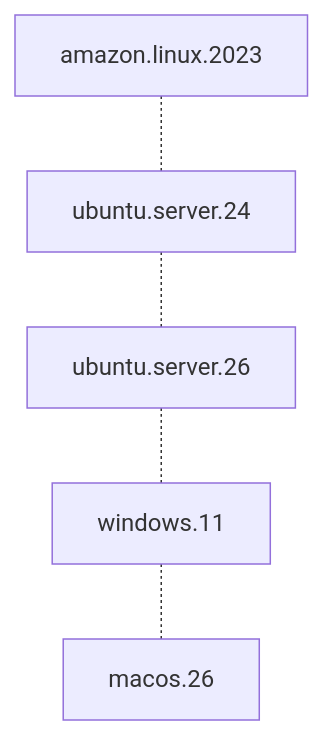
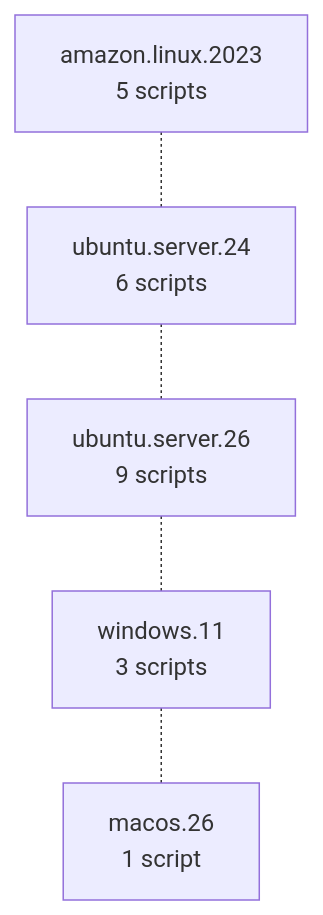
Before and after one commit to alissonsol/yuruna: the third of 7 diagrams in docs/design/02-component-breakdown.md, drawn with Mermaid. The commit also changed other lines of this file and 652 other files, not shown here.

````diff
--- a/docs/design/02-component-breakdown.md
+++ b/docs/design/02-component-breakdown.md
@@ -130,10 +188,10 @@
 ```mermaid
 flowchart TD
-    amazon-linux[amazon.linux.2023]
-    ubuntu-24[ubuntu.server.24]
-    ubuntu-26[ubuntu.server.26]
-    windows-11[windows.11]
-    macos-26[macos.26]
+    amazon-linux[amazon.linux.2023<br/>5 scripts]
+    ubuntu-24[ubuntu.server.24<br/>6 scripts]
+    ubuntu-26[ubuntu.server.26<br/>9 scripts]
+    windows-11[windows.11<br/>3 scripts]
+    macos-26[macos.26<br/>1 script]
 
     amazon-linux -.- ubuntu-24 -.- ubuntu-26 -.- windows-11 -.- macos-26
 ```
````
